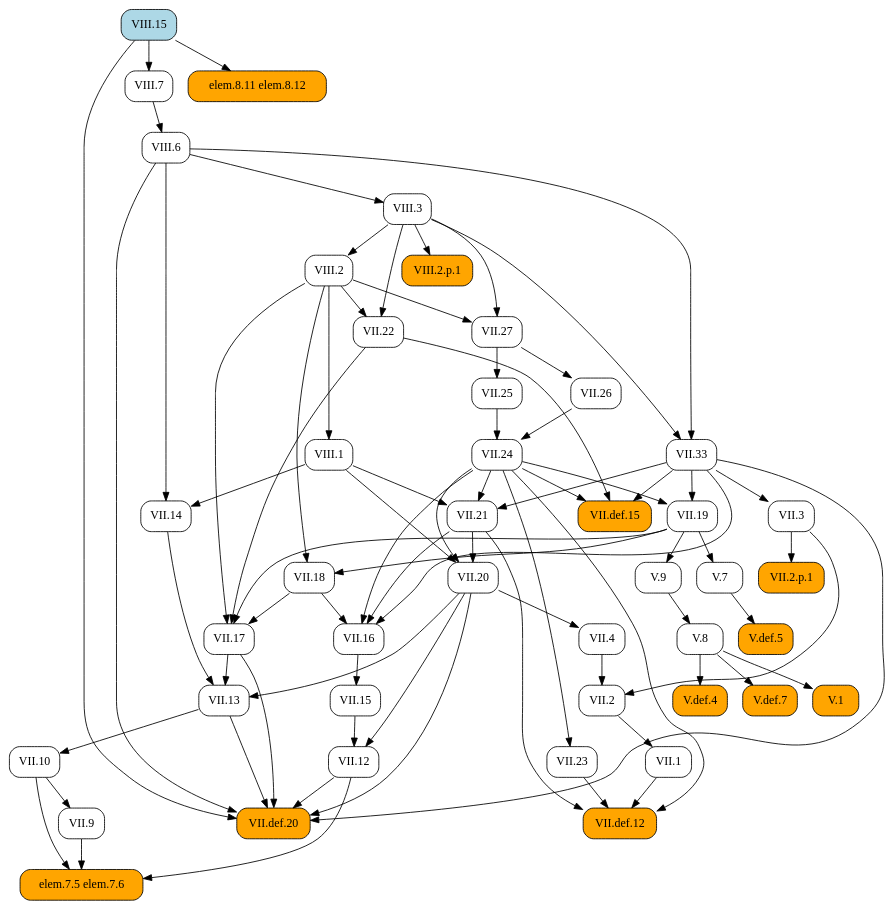
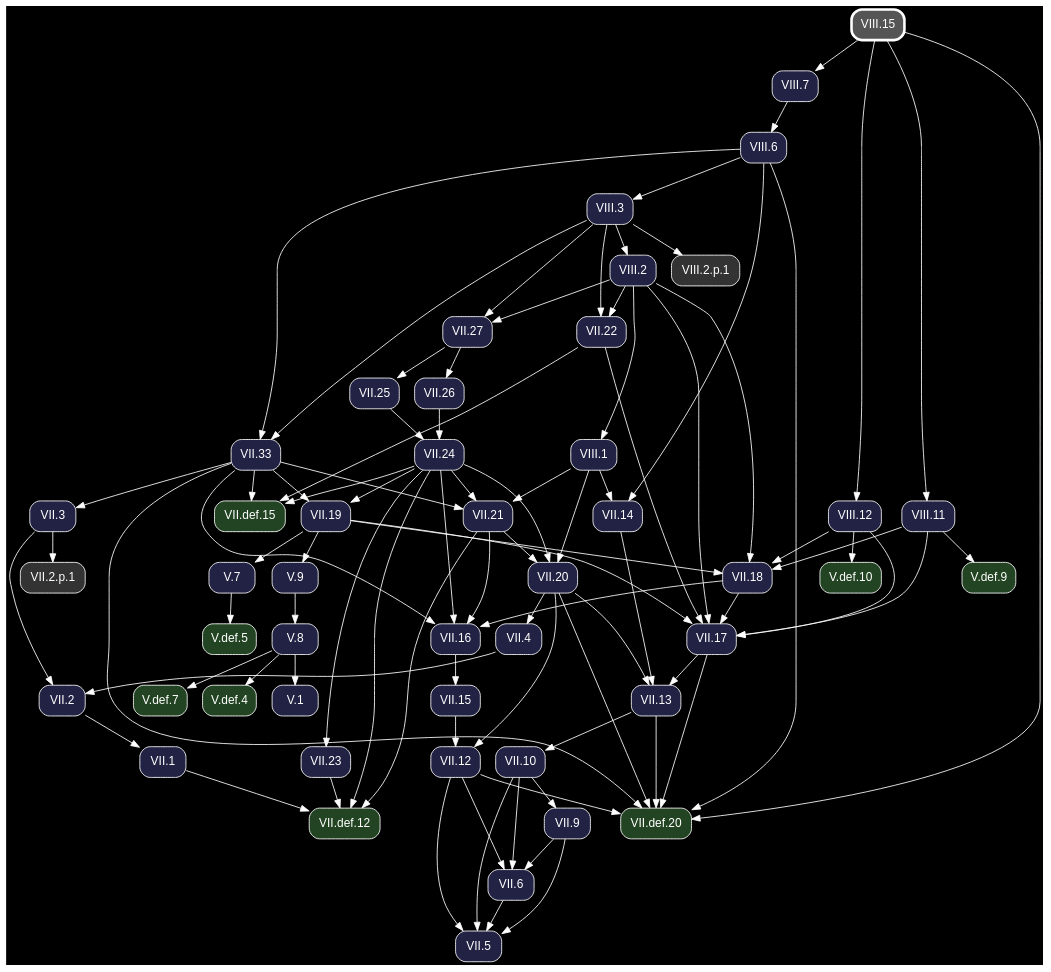
One commit to geometor/elements changed the diagram in docsrc/heath/VIII/15/index.rst. Above: the diagram before and after it, drawn with Graphviz. The commit also changed other lines of this file and 1200 other files, not shown here.

Commit message:
update dependency graphs

```diff
--- a/docsrc/heath/VIII/15/index.rst
+++ b/docsrc/heath/VIII/15/index.rst
@@ -38,86 +38,65 @@
 .. graphviz::
 
    digraph {
+     bgcolor="black";
+     node [shape=box, style="rounded,filled", fontname="Helvetica", color="white", fontcolor="white"];
+     edge [color="white", fontcolor="white"];
      rankdir="TB";
-     node [shape=box, style=rounded];
-     "VII.33" [URL="/heath/VII/33/", target="_top"];
-     "VII.12" [URL="/heath/VII/12/", target="_top"];
-     "VIII.6" [URL="/heath/VIII/6/", target="_top"];
-     "elem.7.5 elem.7.6" [style="rounded,filled", fillcolor=orange];
-     "VII.9" [URL="/heath/VII/9/", target="_top"];
-     "VIII.2" [URL="/heath/VIII/2/", target="_top"];
-     "VII.18" [URL="/heath/VII/18/", target="_top"];
-     "VII.16" [URL="/heath/VII/16/", target="_top"];
-     "V.7" [URL="/heath/V/7/", target="_top"];
-     "VII.26" [URL="/heath/VII/26/", target="_top"];
-     "V.def.5" [style="rounded,filled", fillcolor=orange, URL="/heath/V/def.5/", target="_top"];
-     "V.9" [URL="/heath/V/9/", target="_top"];
-     "VII.10" [URL="/heath/VII/10/", target="_top"];
-     "VIII.3" [URL="/heath/VIII/3/", target="_top"];
-     "VII.13" [URL="/heath/VII/13/", target="_top"];
-     "VIII.15" [style="rounded,filled", fillcolor=lightblue, URL="/heath/VIII/15/", target="_top"];
-     "VII.def.15" [style="rounded,filled", fillcolor=orange, URL="/heath/VII/def.15/", target="_top"];
-     "VIII.2.p.1" [style="rounded,filled", fillcolor=orange];
-     "VII.19" [URL="/heath/VII/19/", target="_top"];
-     "VII.17" [URL="/heath/VII/17/", target="_top"];
-     "VII.2" [URL="/heath/VII/2/", target="_top"];
-     "VII.def.20" [style="rounded,filled", fillcolor=orange, URL="/heath/VII/def.20/", target="_top"];
-     "VII.2.p.1" [style="rounded,filled", fillcolor=orange];
-     "VII.15" [URL="/heath/VII/15/", target="_top"];
-     "V.def.4" [style="rounded,filled", fillcolor=orange, URL="/heath/V/def.4/", target="_top"];
-     "VIII.7" [URL="/heath/VIII/7/", target="_top"];
-     "V.def.7" [style="rounded,filled", fillcolor=orange, URL="/heath/V/def.7/", target="_top"];
-     "VII.14" [URL="/heath/VII/14/", target="_top"];
-     "VII.27" [URL="/heath/VII/27/", target="_top"];
-     "VII.21" [URL="/heath/VII/21/", target="_top"];
-     "VII.22" [URL="/heath/VII/22/", target="_top"];
-     "VII.25" [URL="/heath/VII/25/", target="_top"];
-     "VIII.1" [URL="/heath/VIII/1/", target="_top"];
-     "VII.1" [URL="/heath/VII/1/", target="_top"];
-     "V.8" [URL="/heath/V/8/", target="_top"];
-     "VII.23" [URL="/heath/VII/23/", target="_top"];
-     "VII.4" [URL="/heath/VII/4/", target="_top"];
-     "VII.def.12" [style="rounded,filled", fillcolor=orange, URL="/heath/VII/def.12/", target="_top"];
-     "V.1" [style="rounded,filled", fillcolor=orange, URL="/heath/V/1/", target="_top"];
-     "elem.8.11 elem.8.12" [style="rounded,filled", fillcolor=orange];
-     "VII.3" [URL="/heath/VII/3/", target="_top"];
-     "VII.24" [URL="/heath/VII/24/", target="_top"];
-     "VII.20" [URL="/heath/VII/20/", target="_top"];
+     "VII.33" [fillcolor="#222244", URL="/heath/VII/33/", target="_top"];
+     "V.def.5" [fillcolor="#224422", URL="/heath/V/def.5/", target="_top"];
+     "V.def.9" [fillcolor="#224422", URL="/heath/V/def.9/", target="_top"];
+     "VII.18" [fillcolor="#222244", URL="/heath/VII/18/", target="_top"];
+     "VII.2" [fillcolor="#222244", URL="/heath/VII/2/", target="_top"];
+     "VII.def.20" [fillcolor="#224422", URL="/heath/VII/def.20/", target="_top"];
+     "VII.26" [fillcolor="#222244", URL="/heath/VII/26/", target="_top"];
+     "VII.1" [fillcolor="#222244", URL="/heath/VII/1/", target="_top"];
+     "VIII.6" [fillcolor="#222244", URL="/heath/VIII/6/", target="_top"];
+     "VII.13" [fillcolor="#222244", URL="/heath/VII/13/", target="_top"];
+     "VIII.12" [fillcolor="#222244", URL="/heath/VIII/12/", target="_top"];
+     "VIII.2.p.1" [fillcolor="#333333"];
+     "VII.27" [fillcolor="#222244", URL="/heath/VII/27/", target="_top"];
+     "VII.4" [fillcolor="#222244", URL="/heath/VII/4/", target="_top"];
+     "VII.25" [fillcolor="#222244", URL="/heath/VII/25/", target="_top"];
+     "V.def.10" [fillcolor="#224422", URL="/heath/V/def.10/", target="_top"];
+     "VIII.15" [penwidth=3, color="white", fillcolor="#555555", URL="/heath/VIII/15/", target="_top"];
+     "VII.21" [fillcolor="#222244", URL="/heath/VII/21/", target="_top"];
+     "VIII.11" [fillcolor="#222244", URL="/heath/VIII/11/", target="_top"];
+     "VII.9" [fillcolor="#222244", URL="/heath/VII/9/", target="_top"];
+     "V.7" [fillcolor="#222244", URL="/heath/V/7/", target="_top"];
+     "VII.12" [fillcolor="#222244", URL="/heath/VII/12/", target="_top"];
+     "V.9" [fillcolor="#222244", URL="/heath/V/9/", target="_top"];
+     "VII.17" [fillcolor="#222244", URL="/heath/VII/17/", target="_top"];
+     "VII.24" [fillcolor="#222244", URL="/heath/VII/24/", target="_top"];
+     "VII.22" [fillcolor="#222244", URL="/heath/VII/22/", target="_top"];
+     "VIII.2" [fillcolor="#222244", URL="/heath/VIII/2/", target="_top"];
+     "V.def.7" [fillcolor="#224422", URL="/heath/V/def.7/", target="_top"];
+     "VII.20" [fillcolor="#222244", URL="/heath/VII/20/", target="_top"];
+     "V.def.4" [fillcolor="#224422", URL="/heath/V/def.4/", target="_top"];
+     "VII.5" [fillcolor="#222244", URL="/heath/VII/5/", target="_top"];
+     "VII.def.15" [fillcolor="#224422", URL="/heath/VII/def.15/", target="_top"];
+     "VIII.3" [fillcolor="#222244", URL="/heath/VIII/3/", target="_top"];
+     "VII.2.p.1" [fillcolor="#333333"];
+     "VII.6" [fillcolor="#222244", URL="/heath/VII/6/", target="_top"];
+     "VII.16" [fillcolor="#222244", URL="/heath/VII/16/", target="_top"];
+     "VII.15" [fillcolor="#222244", URL="/heath/VII/15/", target="_top"];
+     "V.1" [fillcolor="#222244", URL="/heath/V/1/", target="_top"];
+     "VIII.7" [fillcolor="#222244", URL="/heath/VIII/7/", target="_top"];
+     "VII.10" [fillcolor="#222244", URL="/heath/VII/10/", target="_top"];
+     "VII.23" [fillcolor="#222244", URL="/heath/VII/23/", target="_top"];
+     "VII.def.12" [fillcolor="#224422", URL="/heath/VII/def.12/", target="_top"];
+     "VII.19" [fillcolor="#222244", URL="/heath/VII/19/", target="_top"];
+     "VIII.1" [fillcolor="#222244", URL="/heath/VIII/1/", target="_top"];
+     "V.8" [fillcolor="#222244", URL="/heath/V/8/", target="_top"];
+     "VII.3" [fillcolor="#222244", URL="/heath/VII/3/", target="_top"];
+     "VII.14" [fillcolor="#222244", URL="/heath/VII/14/", target="_top"];
      "VIII.3" -> "VII.33";
      "VIII.6" -> "VII.33";
-     "VII.15" -> "VII.12";
-     "VII.20" -> "VII.12";
-     "VIII.7" -> "VIII.6";
-     "VII.9" -> "elem.7.5 elem.7.6";
-     "VII.10" -> "elem.7.5 elem.7.6";
-     "VII.12" -> "elem.7.5 elem.7.6";
-     "VII.10" -> "VII.9";
-     "VIII.3" -> "VIII.2";
+     "V.7" -> "V.def.5";
+     "VIII.11" -> "V.def.9";
      "VII.19" -> "VII.18";
      "VIII.2" -> "VII.18";
-     "VII.18" -> "VII.16";
-     "VII.21" -> "VII.16";
-     "VII.24" -> "VII.16";
-     "VII.33" -> "VII.16";
-     "VII.19" -> "V.7";
-     "VII.27" -> "VII.26";
-     "V.7" -> "V.def.5";
-     "VII.19" -> "V.9";
-     "VII.13" -> "VII.10";
-     "VIII.6" -> "VIII.3";
-     "VII.14" -> "VII.13";
-     "VII.17" -> "VII.13";
-     "VII.20" -> "VII.13";
-     "VII.22" -> "VII.def.15";
-     "VII.24" -> "VII.def.15";
-     "VII.33" -> "VII.def.15";
-     "VIII.3" -> "VIII.2.p.1";
-     "VII.24" -> "VII.19";
-     "VII.33" -> "VII.19";
-     "VII.18" -> "VII.17";
-     "VII.19" -> "VII.17";
-     "VII.22" -> "VII.17";
-     "VIII.2" -> "VII.17";
+     "VIII.11" -> "VII.18";
+     "VIII.12" -> "VII.18";
      "VII.3" -> "VII.2";
      "VII.4" -> "VII.2";
      "VII.12" -> "VII.def.20";
@@ -127,36 +106,74 @@
      "VII.33" -> "VII.def.20";
      "VIII.6" -> "VII.def.20";
      "VIII.15" -> "VII.def.20";
-     "VII.3" -> "VII.2.p.1";
-     "VII.16" -> "VII.15";
-     "V.8" -> "V.def.4";
-     "VIII.15" -> "VIII.7";
-     "V.8" -> "V.def.7";
-     "VIII.1" -> "VII.14";
-     "VIII.6" -> "VII.14";
+     "VII.27" -> "VII.26";
+     "VII.2" -> "VII.1";
+     "VIII.7" -> "VIII.6";
+     "VII.14" -> "VII.13";
+     "VII.17" -> "VII.13";
+     "VII.20" -> "VII.13";
+     "VIII.15" -> "VIII.12";
+     "VIII.3" -> "VIII.2.p.1";
      "VIII.2" -> "VII.27";
      "VIII.3" -> "VII.27";
+     "VII.20" -> "VII.4";
+     "VII.27" -> "VII.25";
+     "VIII.12" -> "V.def.10";
      "VII.24" -> "VII.21";
      "VII.33" -> "VII.21";
      "VIII.1" -> "VII.21";
+     "VIII.15" -> "VIII.11";
+     "VII.10" -> "VII.9";
+     "VII.19" -> "V.7";
+     "VII.15" -> "VII.12";
+     "VII.20" -> "VII.12";
+     "VII.19" -> "V.9";
+     "VII.18" -> "VII.17";
+     "VII.19" -> "VII.17";
+     "VII.22" -> "VII.17";
+     "VIII.2" -> "VII.17";
+     "VIII.11" -> "VII.17";
+     "VIII.12" -> "VII.17";
+     "VII.25" -> "VII.24";
+     "VII.26" -> "VII.24";
      "VIII.2" -> "VII.22";
      "VIII.3" -> "VII.22";
-     "VII.27" -> "VII.25";
-     "VIII.2" -> "VIII.1";
-     "VII.2" -> "VII.1";
-     "V.9" -> "V.8";
+     "VIII.3" -> "VIII.2";
+     "V.8" -> "V.def.7";
+     "VII.21" -> "VII.20";
+     "VII.24" -> "VII.20";
+     "VIII.1" -> "VII.20";
+     "V.8" -> "V.def.4";
+     "VII.6" -> "VII.5";
+     "VII.9" -> "VII.5";
+     "VII.10" -> "VII.5";
+     "VII.12" -> "VII.5";
+     "VII.22" -> "VII.def.15";
+     "VII.24" -> "VII.def.15";
+     "VII.33" -> "VII.def.15";
+     "VIII.6" -> "VIII.3";
+     "VII.3" -> "VII.2.p.1";
+     "VII.9" -> "VII.6";
+     "VII.10" -> "VII.6";
+     "VII.12" -> "VII.6";
+     "VII.18" -> "VII.16";
+     "VII.21" -> "VII.16";
+     "VII.24" -> "VII.16";
+     "VII.33" -> "VII.16";
+     "VII.16" -> "VII.15";
+     "V.8" -> "V.1";
+     "VIII.15" -> "VIII.7";
+     "VII.13" -> "VII.10";
      "VII.24" -> "VII.23";
-     "VII.20" -> "VII.4";
      "VII.1" -> "VII.def.12";
      "VII.21" -> "VII.def.12";
      "VII.23" -> "VII.def.12";
      "VII.24" -> "VII.def.12";
-     "V.8" -> "V.1";
-     "VIII.15" -> "elem.8.11 elem.8.12";
+     "VII.24" -> "VII.19";
+     "VII.33" -> "VII.19";
+     "VIII.2" -> "VIII.1";
+     "V.9" -> "V.8";
      "VII.33" -> "VII.3";
-     "VII.25" -> "VII.24";
-     "VII.26" -> "VII.24";
-     "VII.21" -> "VII.20";
-     "VII.24" -> "VII.20";
-     "VIII.1" -> "VII.20";
+     "VIII.1" -> "VII.14";
+     "VIII.6" -> "VII.14";
    }
```
